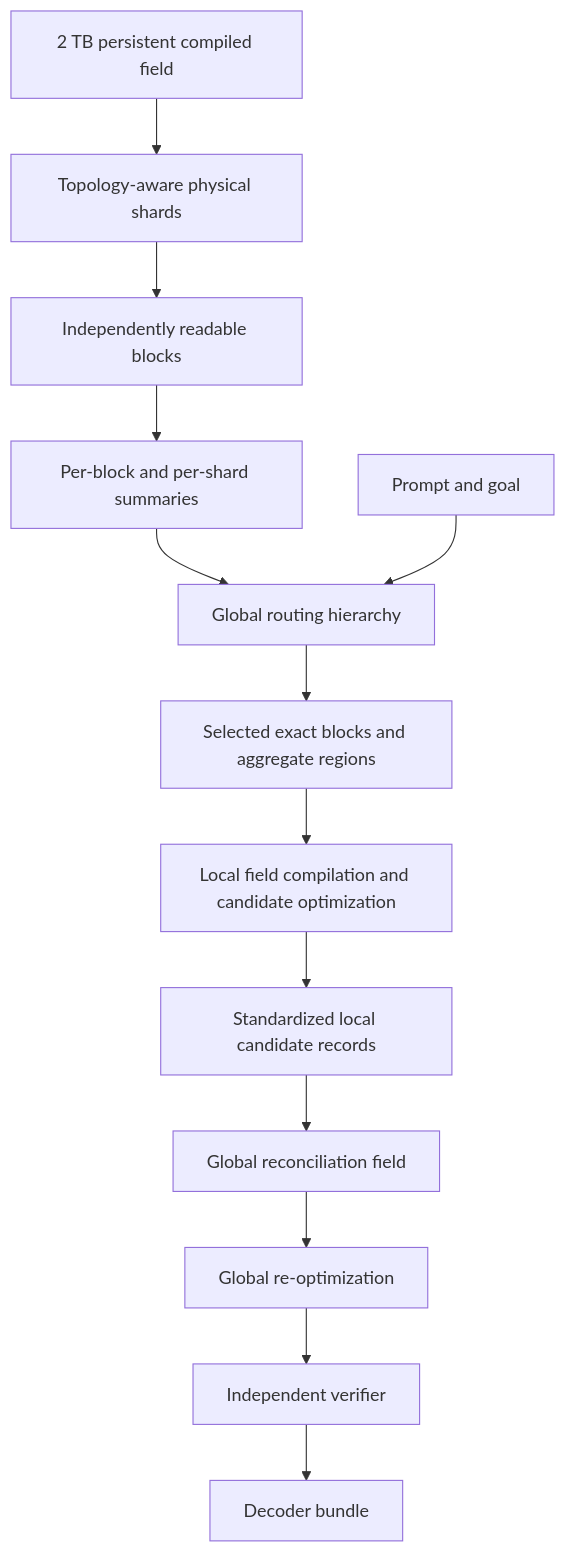
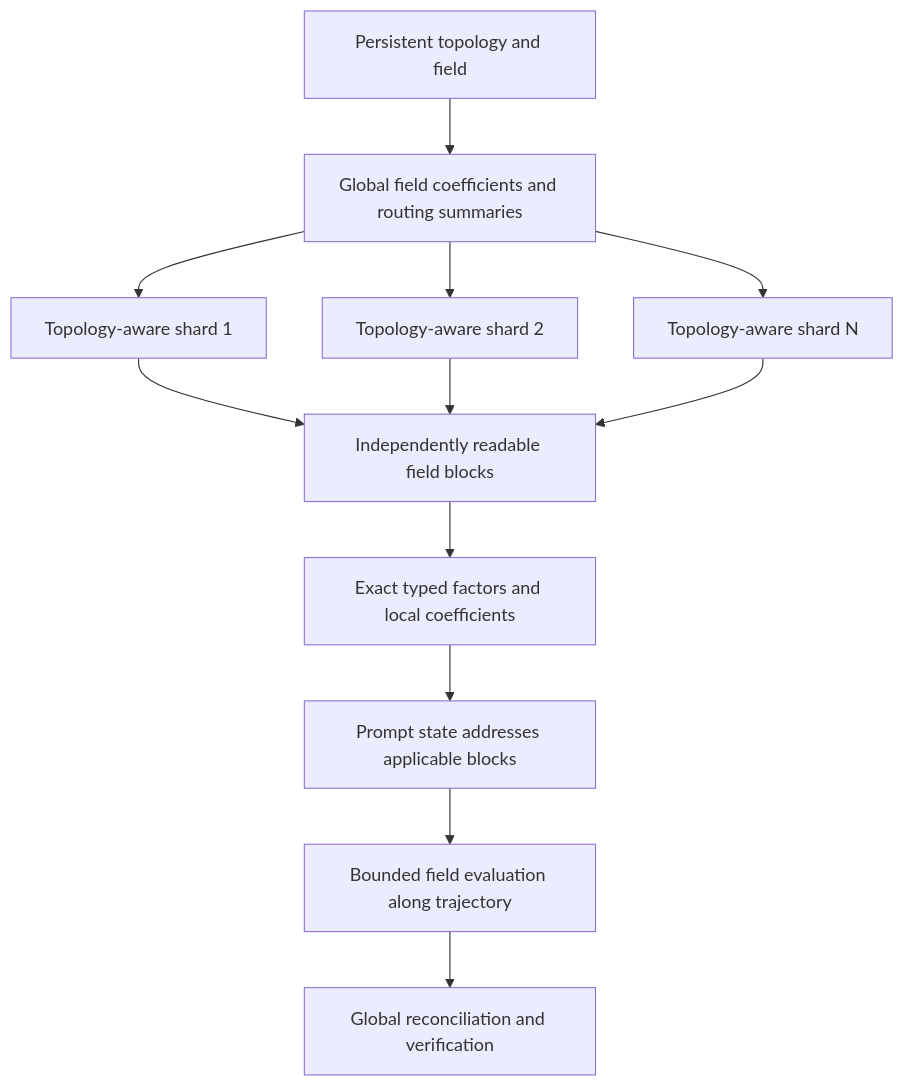
One commit to rishi-ie/LTM changed the sixth of 6 diagrams in docs/architecture.md. Above: the diagram before and after it, drawn with Mermaid. The commit also changed other lines of this file and 84 other files, not shown here.

````diff
--- a/docs/architecture.md
+++ b/docs/architecture.md
@@ -1852,15 +1002,22 @@
 ```mermaid
 flowchart TD
-    A["2 TB persistent compiled field"] --> B["Topology-aware physical shards"]
-    B --> C["Independently readable blocks"]
-    C --> D["Per-block and per-shard summaries"]
-    D --> E["Global routing hierarchy"]
-    Q["Prompt and goal"] --> E
-    E --> F["Selected exact blocks and aggregate regions"]
-    F --> G["Local field compilation and candidate optimization"]
-    G --> H["Standardized local candidate records"]
-    H --> I["Global reconciliation field"]
-    I --> J["Global re-optimization"]
-    J --> K["Independent verifier"]
-    K --> L["Decoder bundle"]
+    A["Persistent topology and field"]
+    B["Global field coefficients and routing summaries"]
+    C1["Topology-aware shard 1"]
+    C2["Topology-aware shard 2"]
+    C3["Topology-aware shard N"]
+    D1["Independently readable field blocks"]
+    D2["Exact typed factors and local coefficients"]
+    E["Prompt state addresses applicable blocks"]
+    F["Bounded field evaluation along trajectory"]
+    G["Global reconciliation and verification"]
+
+    A --> B
+    B --> C1
+    B --> C2
+    B --> C3
+    C1 --> D1
+    C2 --> D1
+    C3 --> D1
+    D1 --> D2 --> E --> F --> G
 ```
````
